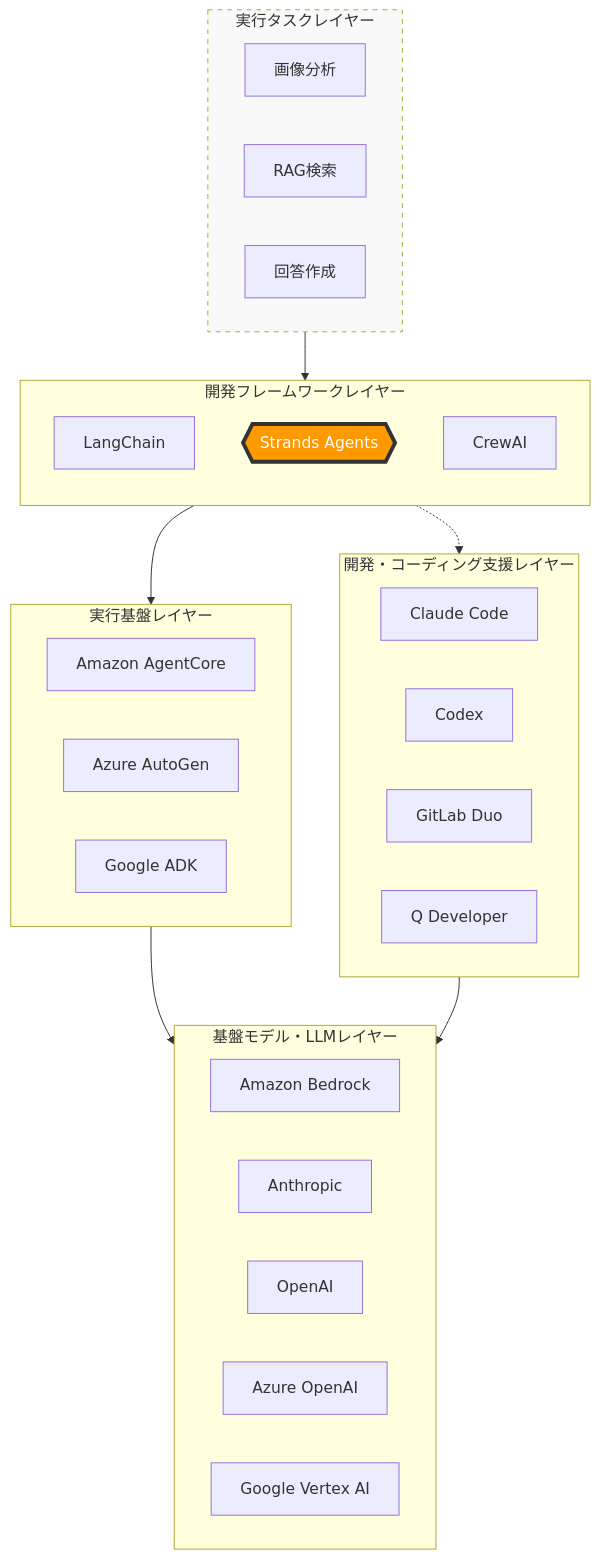
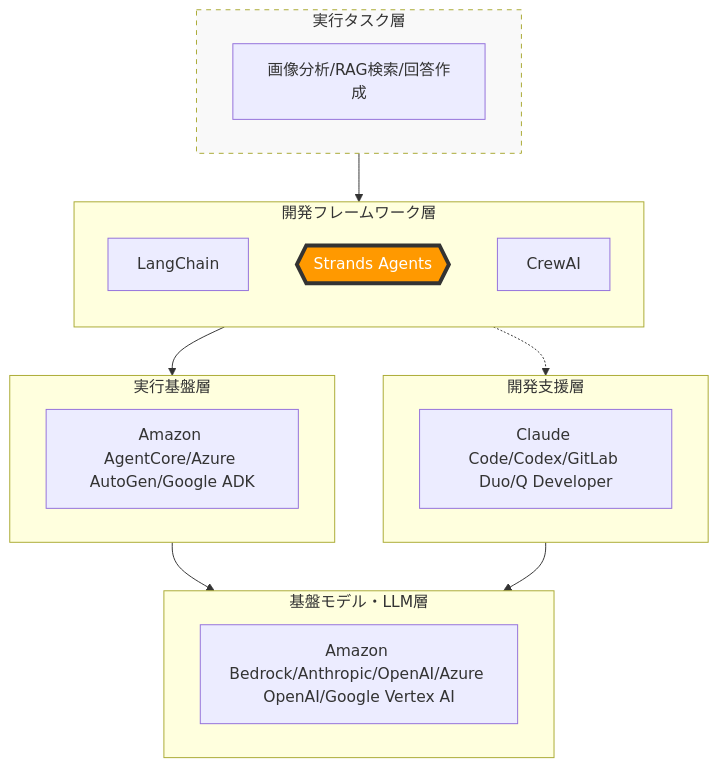
One commit to awk256/strandsagents changed the first of 4 diagrams in 10.基本構成/10-00-000.Strandsエージェントとは.md. Above: the diagram before and after it, drawn with Mermaid. The commit also changed other lines of this file, not shown here.

Commit message:
2026-01-10 11:01

````diff
--- a/10.基本構成/10-00-000.Strandsエージェントとは.md
+++ b/10.基本構成/10-00-000.Strandsエージェントとは.md
@@ -52,52 +52,41 @@
 ```mermaid
 graph TD
     %% 最上位：タスクとユーザー
-    subgraph Execution_Layer [実行タスクレイヤー]
-        Task1[画像分析]
-        Task2[RAG検索]
-        Task3[回答作成]        
+    subgraph Execution_Layer [実行タスク層]
+        Task1[画像分析/RAG検索/回答作成]
     end
 
     %% 第二層：フレームワーク（オーケストレーション）
-    subgraph Framework_Layer [開発フレームワークレイヤー]
+    subgraph Framework_Layer [開発フレームワーク層]
         direction TB
         LangChain[LangChain]
         Strands{{Strands Agents}}
         CrewAI[CrewAI]
     end
 
     %% 第三層：開発支援・IDE・AIコーディング
-    subgraph Dev_Tools [開発・コーディング支援レイヤー]
-        ClaudeCode[Claude Code]
-        Codex[Codex]
-        GitLab[GitLab Duo]
-        AmazonQ[Q Developer]
+    subgraph Dev_Tools [開発支援層]
+        devTools[Claude Code/Codex/GitLab Duo/Q Developer]
     end
 
     %% 第四層：プラットフォーム・SDK
-    subgraph Platform_Layer [実行基盤レイヤー]
-        AgentCore[Amazon AgentCore]
-        AutoGen[Azure AutoGen]
-        GoogleADK[Google ADK]
+    subgraph Platform_Layer [実行基盤層]
+        platformLayer[Amazon AgentCore/Azure AutoGen/Google ADK]
     end
 
     %% 第五層：基盤モデルプロバイダー（脳）
-    subgraph Model_Layer [基盤モデル・LLMレイヤー]
-		AmazonBedrock[Amazon Bedrock]
-		Anthropic[Anthropic]
-		OpenAI[OpenAI]
-		AzureOpenAI[Azure OpenAI]
-		GoogleVertexAI[Google Vertex AI]
+    subgraph Model_Layer [基盤モデル・LLM層]
+		modelLayer[Amazon Bedrock/Anthropic/OpenAI/Azure OpenAI/Google Vertex AI]
     end
 
     %% 関連付け
     Execution_Layer --> Strands
     Strands -.-> Dev_Tools
     Strands --> Platform_Layer
     Platform_Layer --> Model_Layer
     Dev_Tools --> Model_Layer
 
     %% 強調スタイル
     style Strands fill:#FF9900,stroke:#333,stroke-width:4px,color:#fff
     style Execution_Layer fill:#f9f9f9,stroke-dasharray: 5 5
 ```
````
